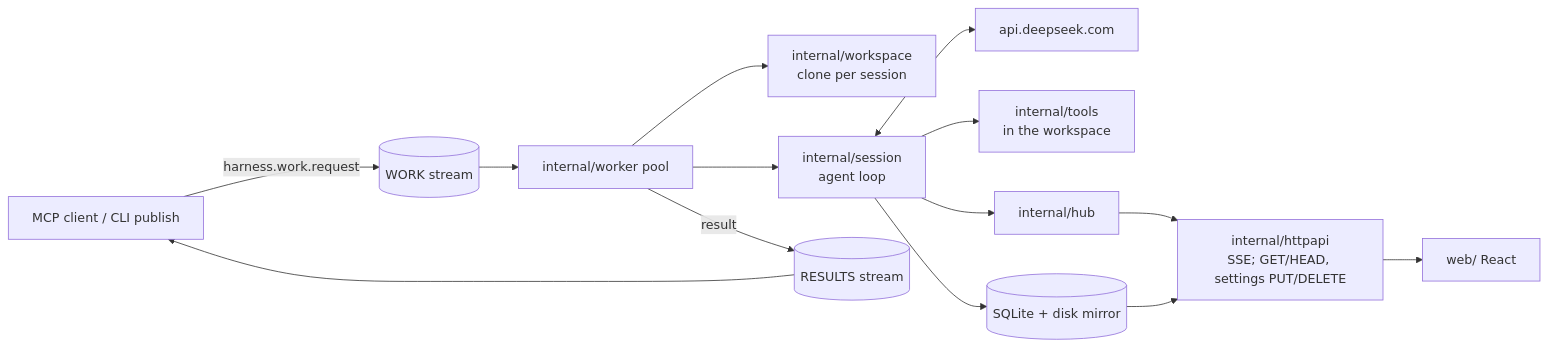
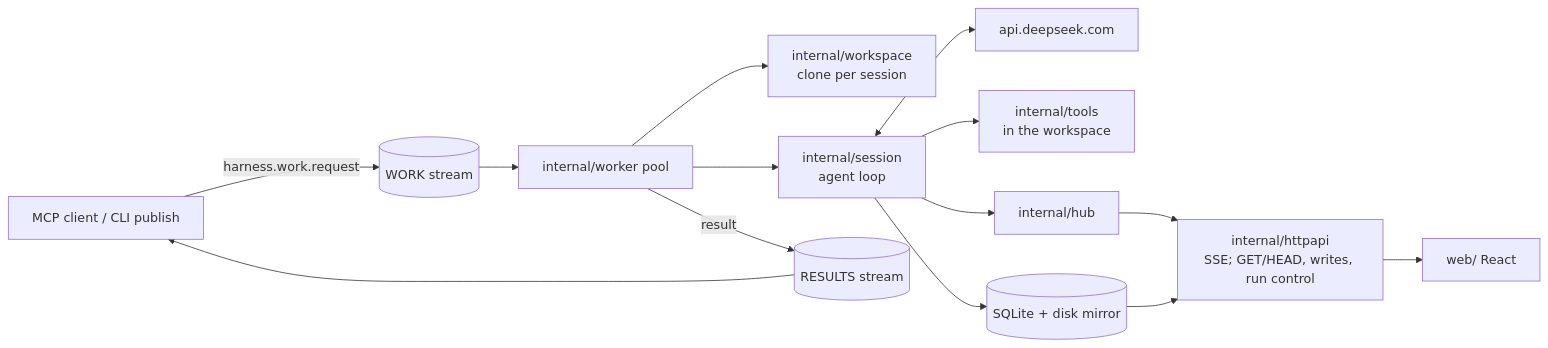
One commit to tinkerindustries/agent-harness changed the diagram in ARCHITECTURE.md. Above: the diagram before and after it, drawn with Mermaid. The commit also changed other lines of this file and 62 other files, not shown here.

First line of the commit message:
Run control: start, steer, and stop a run (#50)

````diff
--- a/ARCHITECTURE.md
+++ b/ARCHITECTURE.md
@@ -26,16 +33,16 @@
 ```mermaid
 flowchart LR
     caller[MCP client / CLI publish] -->|harness.work.request| WORK[(WORK stream)]
     WORK --> worker[internal/worker pool]
     worker --> ws[internal/workspace<br/>clone per session]
     worker --> session[internal/session<br/>agent loop]
     session <--> api[api.deepseek.com]
     session --> tools[internal/tools<br/>in the workspace]
     session --> store[(SQLite + disk mirror)]
     session --> hub[internal/hub]
-    hub --> http[internal/httpapi<br/>SSE; GET/HEAD, settings PUT/DELETE]
+    hub --> http[internal/httpapi<br/>SSE; GET/HEAD, writes, run control]
     store --> http
     http --> web[web/ React]
     worker -->|result| RESULTS[(RESULTS stream)]
     RESULTS --> caller
 ```
````
